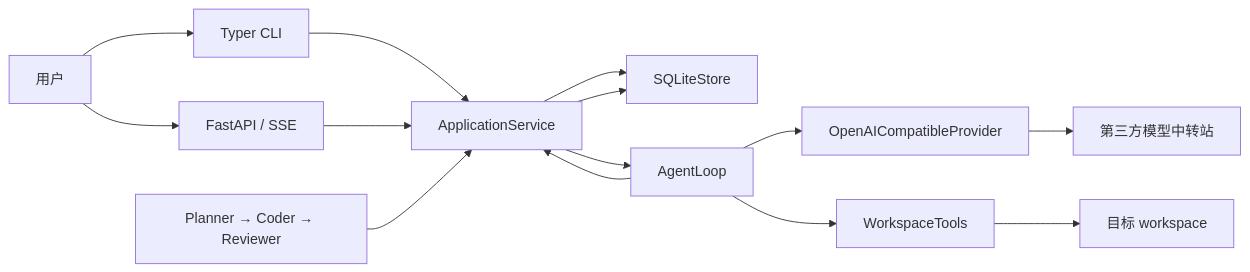
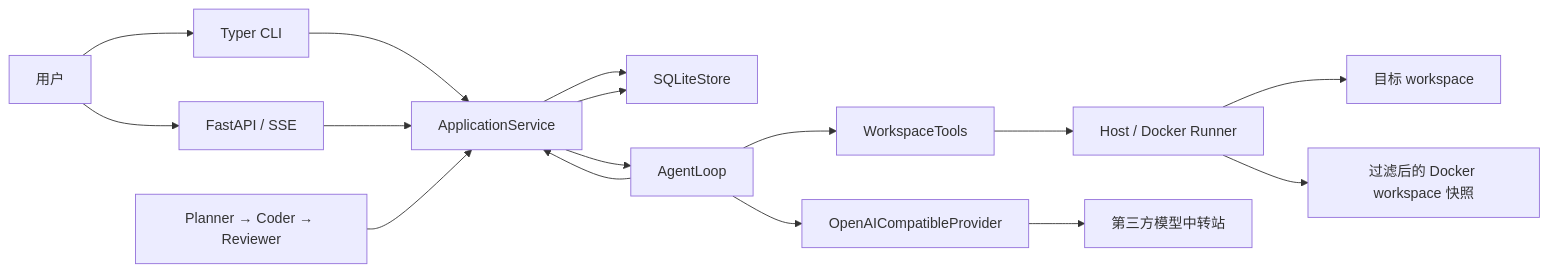
The first of 4 diagrams in docs/PROJECT_ARCHITECTURE.md (PinelliaChill/Operant), drawn with Mermaid before and after one commit. The commit also changed other lines of this file and 15 other files, not shown here.

Commit message:
feat: add safe coding loop and Docker command runner

````diff
--- a/docs/PROJECT_ARCHITECTURE.md
+++ b/docs/PROJECT_ARCHITECTURE.md
@@ -64,28 +66,32 @@
 ```mermaid
 flowchart LR
     User["用户"]
     CLI["Typer CLI"]
     API["FastAPI / SSE"]
     Workflow["Planner → Coder → Reviewer"]
     Service["ApplicationService"]
     Store["SQLiteStore"]
     Loop["AgentLoop"]
     Provider["OpenAICompatibleProvider"]
     Tools["WorkspaceTools"]
+    Runner["Host / Docker Runner"]
+    Snapshot["过滤后的 Docker workspace 快照"]
     Relay["第三方模型中转站"]
     Workspace["目标 workspace"]
 
     User --> CLI
     User --> API
     CLI --> Service
     API --> Service
     Workflow --> Service
     Service --> Store
     Service --> Loop
     Loop --> Provider
     Provider --> Relay
     Loop --> Tools
-    Tools --> Workspace
+    Tools --> Runner
+    Runner --> Workspace
+    Runner --> Snapshot
     Loop --> Service
     Service --> Store
 ```
````
